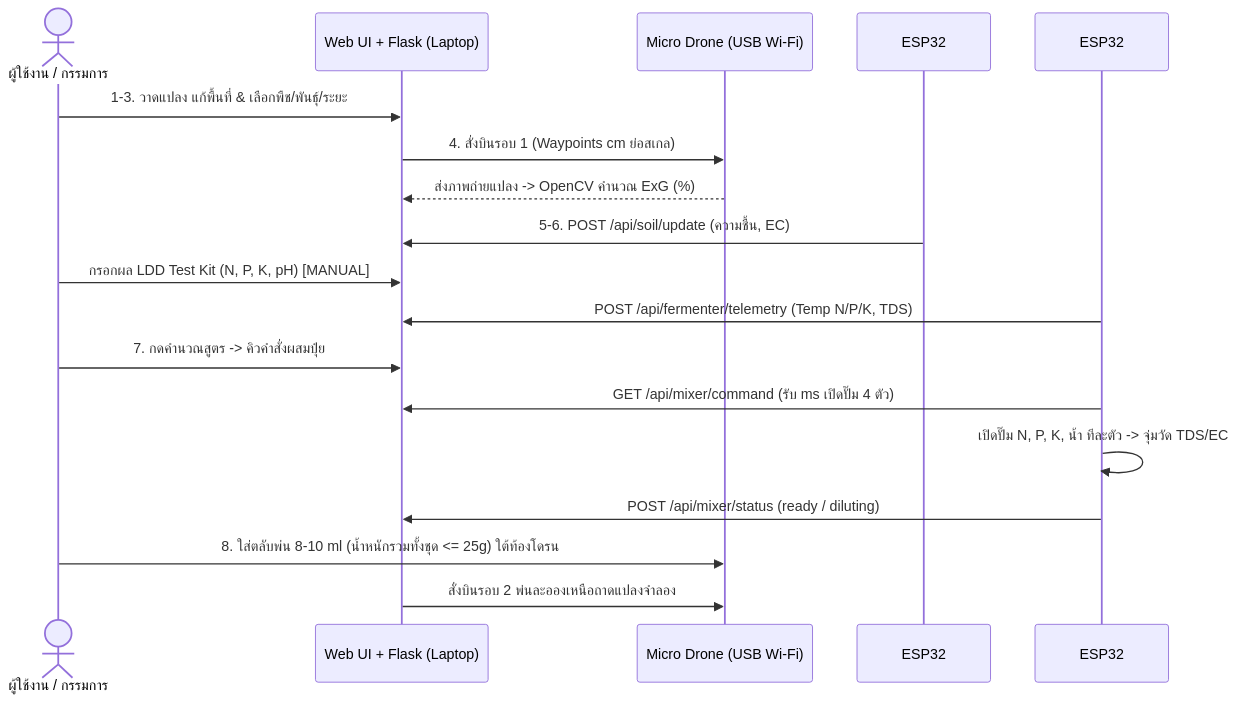
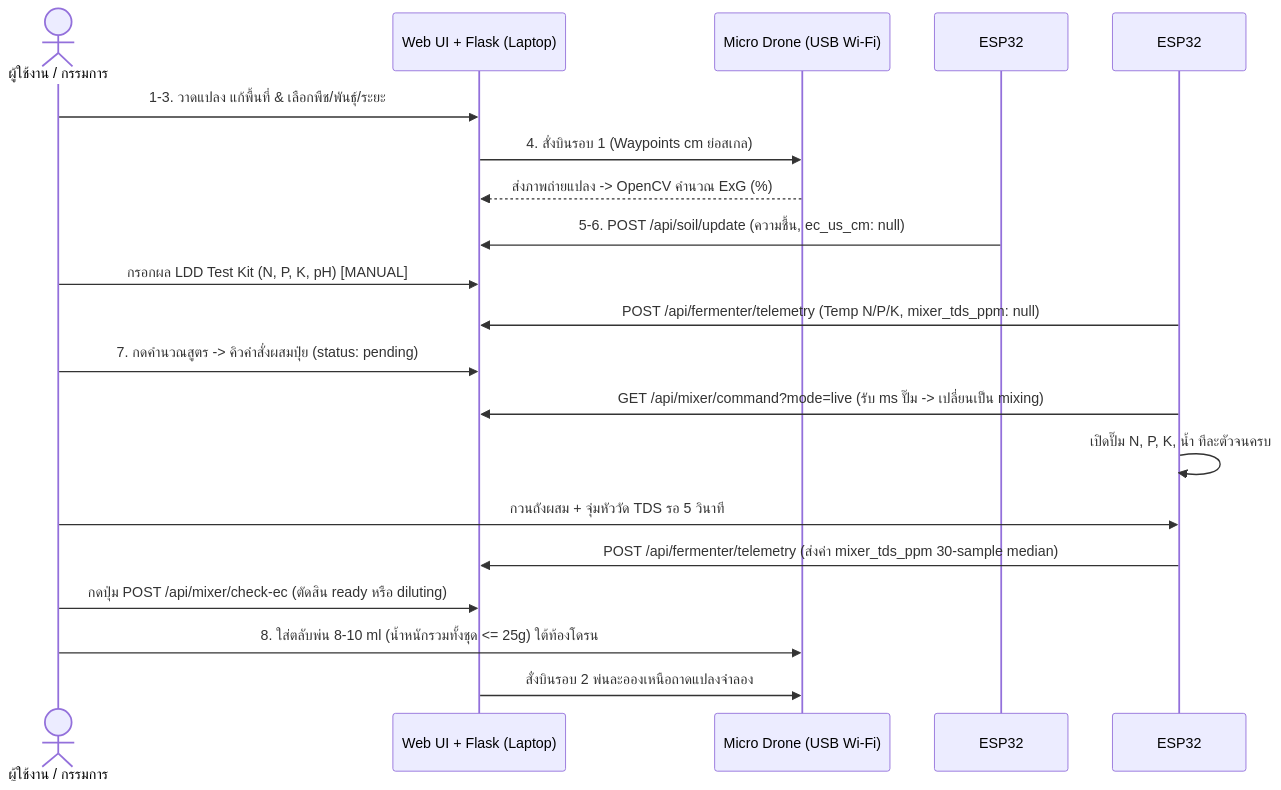
One commit to Thanawanit/I-NEW-GEN changed the diagram in Info/01_SYSTEM_OVERVIEW_AND_WORKFLOW.md. Above: the diagram before and after it, drawn with Mermaid. The commit also changed other lines of this file and 10 other files, not shown here.

````diff
--- a/Info/01_SYSTEM_OVERVIEW_AND_WORKFLOW.md
+++ b/Info/01_SYSTEM_OVERVIEW_AND_WORKFLOW.md
@@ -103,21 +103,23 @@
 ```mermaid
 sequenceDiagram
     actor User as ผู้ใช้งาน / กรรมการ
     participant Web as Web UI + Flask (Laptop)
     participant Drone as Micro Drone (USB Wi-Fi)
     participant ESP1 as ESP32 #1 (Soil Node)
     participant ESP2 as ESP32 #2 (Fermenter & Mixer)
 
     User->>Web: 1-3. วาดแปลง แก้พื้นที่ & เลือกพืช/พันธุ์/ระยะ
     Web->>Drone: 4. สั่งบินรอบ 1 (Waypoints cm ย่อสเกล)
     Drone-->>Web: ส่งภาพถ่ายแปลง -> OpenCV คำนวณ ExG (%)
-    ESP1->>Web: 5-6. POST /api/soil/update (ความชื้น, EC)
+    ESP1->>Web: 5-6. POST /api/soil/update (ความชื้น, ec_us_cm: null)
     User->>Web: กรอกผล LDD Test Kit (N, P, K, pH) [MANUAL]
-    ESP2->>Web: POST /api/fermenter/telemetry (Temp N/P/K, TDS)
-    User->>Web: 7. กดคำนวณสูตร -> คิวคำสั่งผสมปุ๋ย
-    ESP2->>Web: GET /api/mixer/command (รับ ms เปิดปั๊ม 4 ตัว)
-    ESP2->>ESP2: เปิดปั๊ม N, P, K, น้ำ ทีละตัว -> จุ่มวัด TDS/EC
-    ESP2->>Web: POST /api/mixer/status (ready / diluting)
+    ESP2->>Web: POST /api/fermenter/telemetry (Temp N/P/K, mixer_tds_ppm: null)
+    User->>Web: 7. กดคำนวณสูตร -> คิวคำสั่งผสมปุ๋ย (status: pending)
+    ESP2->>Web: GET /api/mixer/command?mode=live (รับ ms ปั๊ม -> เปลี่ยนเป็น mixing)
+    ESP2->>ESP2: เปิดปั๊ม N, P, K, น้ำ ทีละตัวจนครบ
+    User->>ESP2: กวนถังผสม + จุ่มหัววัด TDS รอ 5 วินาที
+    ESP2->>Web: POST /api/fermenter/telemetry (ส่งค่า mixer_tds_ppm 30-sample median)
+    User->>Web: กดปุ่ม POST /api/mixer/check-ec (ตัดสิน ready หรือ diluting)
     User->>Drone: 8. ใส่ตลับพ่น 8-10 ml (น้ำหนักรวมทั้งชุด <= 25g) ใต้ท้องโดรน
     Web->>Drone: สั่งบินรอบ 2 พ่นละอองเหนือถาดแปลงจำลอง
 ```
````
